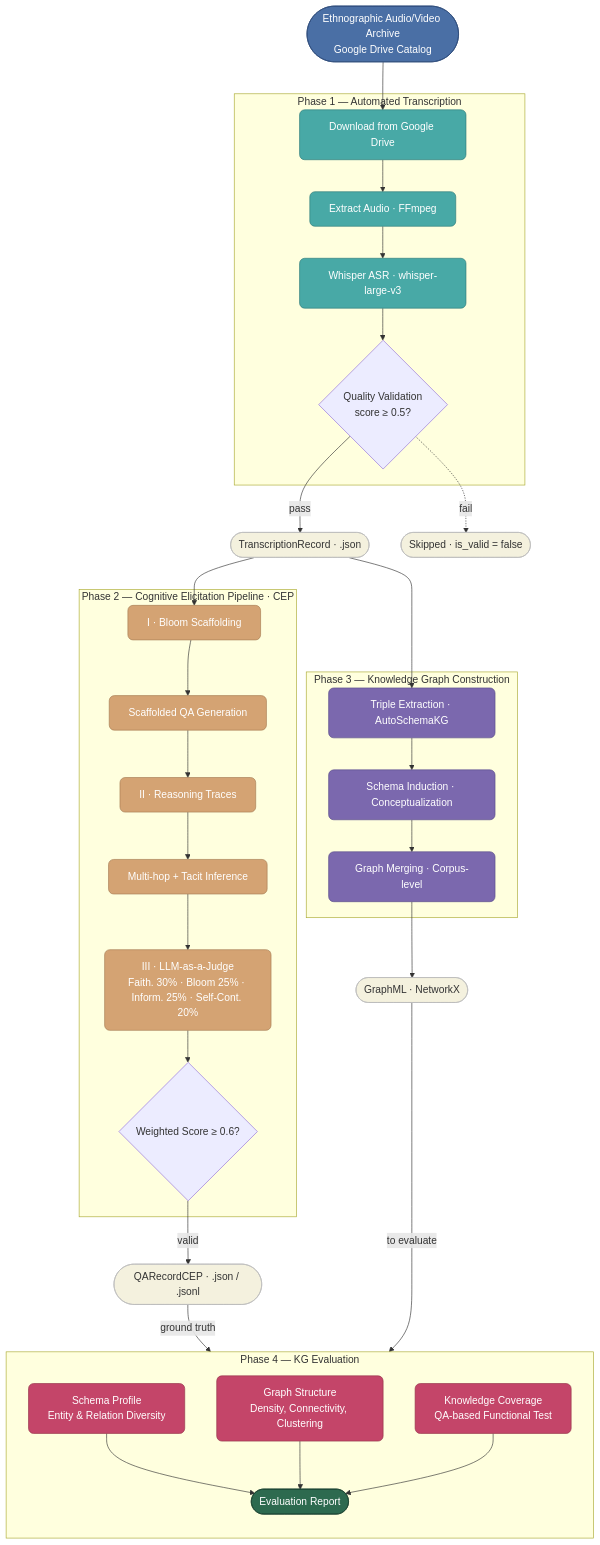
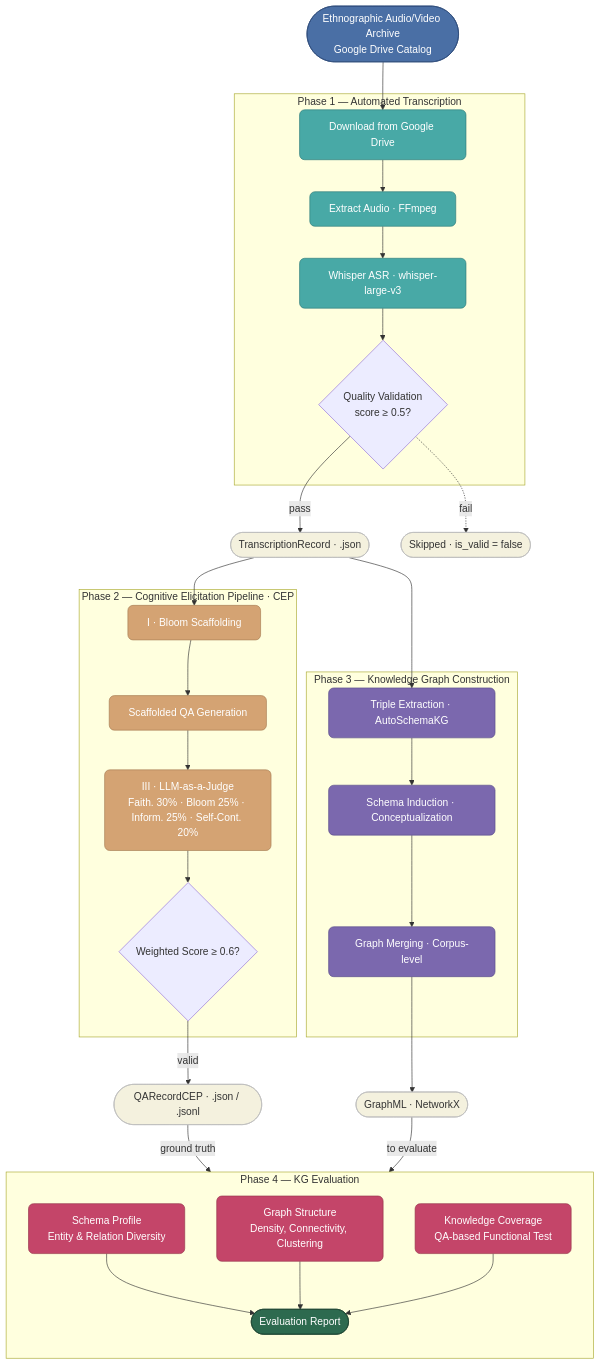
The first of 10 diagrams in docs/research/methodology.md (FredDsR/arandu), drawn with Mermaid before and after one commit. The commit also changed other lines of this file and 15 other files, not shown here.

````diff
--- a/docs/research/methodology.md
+++ b/docs/research/methodology.md
@@ -15,64 +15,62 @@
 ```mermaid
 flowchart TD
     classDef input fill:#4a6fa5,stroke:#2d4a7a,color:#fff,rx:12,ry:12
     classDef p1 fill:#48a9a6,stroke:#2d7a78,color:#fff,rx:8,ry:8
     classDef p2 fill:#d4a373,stroke:#a67c52,color:#fff,rx:8,ry:8
     classDef p3 fill:#7b68ae,stroke:#5a4d8a,color:#fff,rx:8,ry:8
     classDef p4 fill:#c44569,stroke:#943349,color:#fff,rx:8,ry:8
     classDef out fill:#2d6a4f,stroke:#1b4332,color:#fff,rx:12,ry:12
     classDef data fill:#f4f1de,stroke:#bbb,color:#333,rx:6,ry:6
 
     IN(["Ethnographic Audio/Video Archive<br/>Google Drive Catalog"]):::input
 
     IN --> DL
 
     subgraph P1["Phase 1 — Automated Transcription"]
         DL["Download from Google Drive"]:::p1
         FF["Extract Audio · FFmpeg"]:::p1
         WH["Whisper ASR · whisper-large-v3"]:::p1
         QV{"Quality Validation<br/>score ≥ 0.5?"}
         DL --> FF --> WH --> QV
     end
 
     QV -->|pass| ER(["TranscriptionRecord · .json"]):::data
     QV -.->|fail| SK(["Skipped · is_valid = false"]):::data
 
     ER --> BL
     ER --> TE
 
     subgraph P2["Phase 2 — Cognitive Elicitation Pipeline · CEP"]
         BL["I · Bloom Scaffolding"]:::p2
         SG["Scaffolded QA Generation"]:::p2
-        RT["II · Reasoning Traces"]:::p2
-        MH["Multi-hop + Tacit Inference"]:::p2
         JU["III · LLM-as-a-Judge<br/>Faith. 30% · Bloom 25% · Inform. 25% · Self-Cont. 20%"]:::p2
         VD{"Weighted Score ≥ 0.6?"}
-        BL --> SG --> RT --> MH --> JU --> VD
+        BL --> SG --> JU --> VD
     end
 
     subgraph P3["Phase 3 — Knowledge Graph Construction"]
         TE["Triple Extraction · AutoSchemaKG"]:::p3
         SI["Schema Induction · Conceptualization"]:::p3
         GM["Graph Merging · Corpus-level"]:::p3
         TE --> SI --> GM
     end
 
     VD -->|valid| QR(["QARecordCEP · .json / .jsonl"]):::data
     GM --> GR(["GraphML · NetworkX"]):::data
 
     P2 ~~~ P3
 
     QR -->|ground truth| P4
     GR -->|to evaluate| P4
 
     subgraph P4["Phase 4 — KG Evaluation"]
         direction TB
         SP["Schema Profile<br/>Entity & Relation Diversity"]:::p4
         GS["Graph Structure<br/>Density, Connectivity, Clustering"]:::p4
         KC["Knowledge Coverage<br/>QA-based Functional Test"]:::p4
         RP(["Evaluation Report"]):::out
         SP --> RP
         GS --> RP
         KC --> RP
     end
 ```
````
